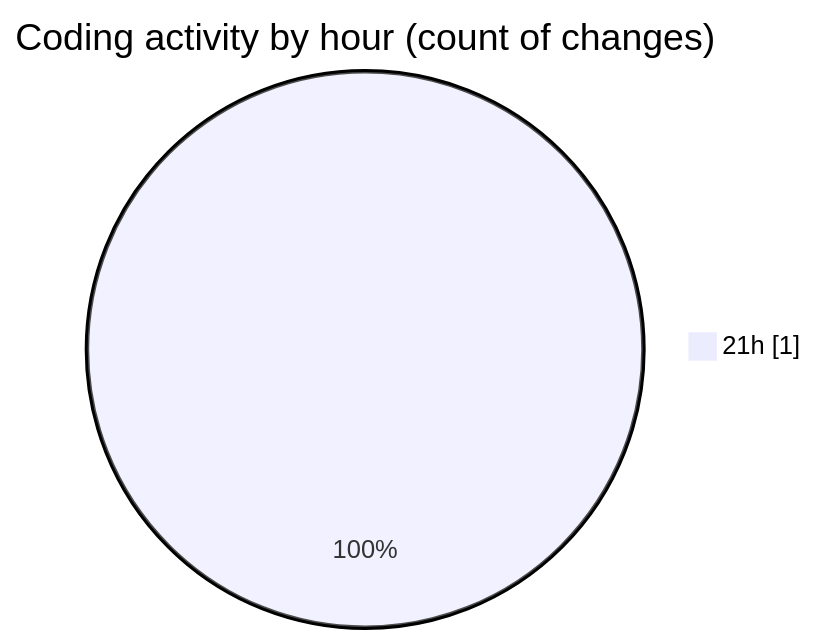
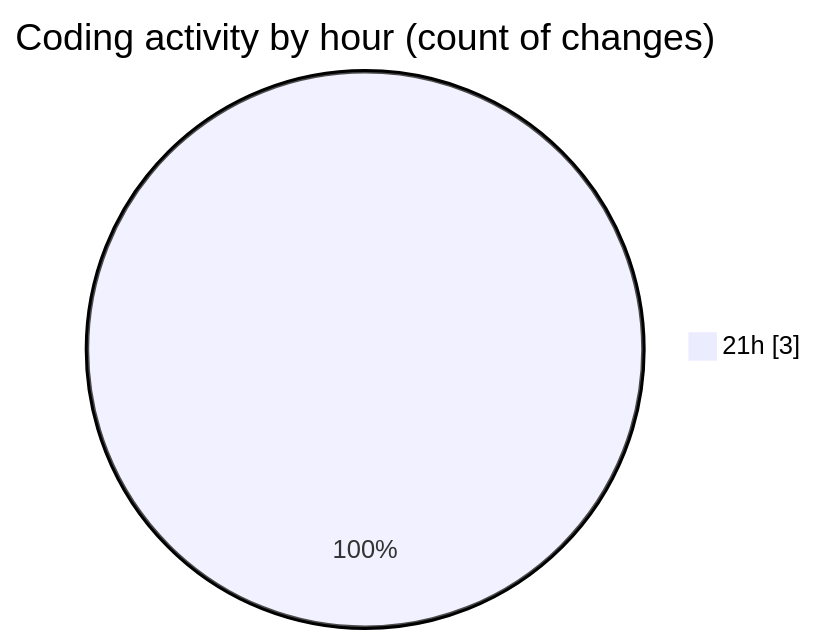
The second of 2 diagrams in 2025-07-13/archive-pg-web/README.md (JenPaints/code-tracking), drawn with Mermaid before and after one commit. The commit also changed other lines of this file and 1 other file, not shown here.

````diff
--- a/2025-07-13/archive-pg-web/README.md
+++ b/2025-07-13/archive-pg-web/README.md
@@ -28,5 +31,5 @@
 ```mermaid
 pie showData
 title Coding activity by hour (count of changes)
-"21h" : 1
+"21h" : 3
 ```
````
